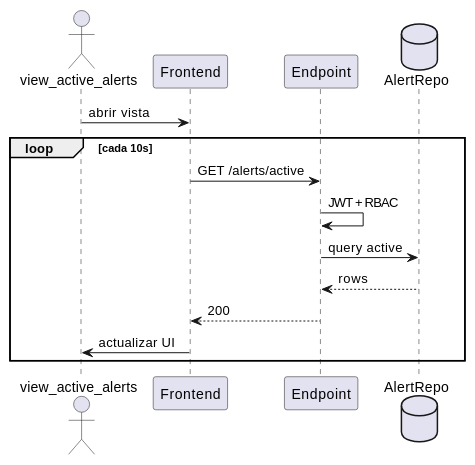
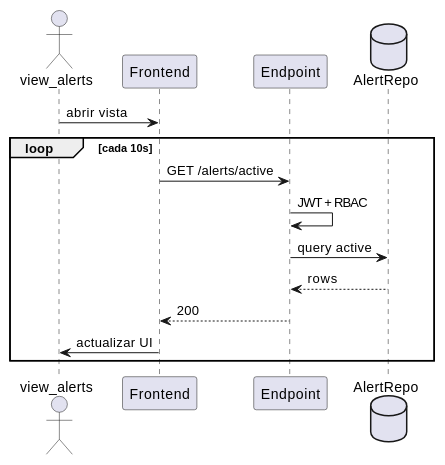
The fourth of 4 diagrams in source/requisitos/casos-uso/alerts/uc-alr-02/diagramas-uml.rst (jcg-admin/IACT-docs), drawn with PlantUML before and after one commit. The commit also changed other lines of this file and 157 other files, not shown here.

First line of the commit message:
Enforce catalog function names across all diagrams

```diff
--- a/source/requisitos/casos-uso/alerts/uc-alr-02/diagramas-uml.rst
+++ b/source/requisitos/casos-uso/alerts/uc-alr-02/diagramas-uml.rst
@@ -59,18 +59,18 @@
 .. uml::
 
  @startuml
- actor "view_active_alerts" as S
+ actor "view_alerts" as S
  participant "Frontend" as FE
  participant "Endpoint" as E
  database "AlertRepo" as A
 
  S -> FE: abrir vista
  loop cada 10s
    FE -> E: GET /alerts/active
    E -> E: JWT + RBAC
    E -> A: query active
    A --> E: rows
    E --> FE: 200
    FE -> S: actualizar UI
  end
  @enduml
```
